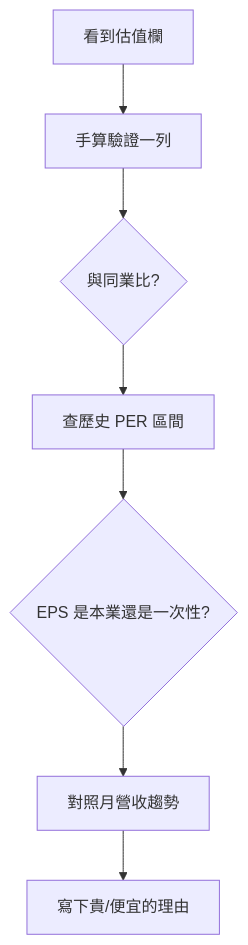
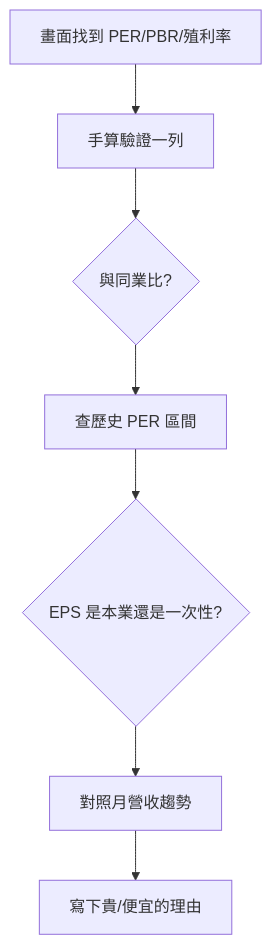
Before and after one commit to skymiku39/stock_school: the diagram in docs/03-tables/valuation.md, drawn with Mermaid. The commit also changed other lines of this file and 7 other files, not shown here.

````diff
--- a/docs/03-tables/valuation.md
+++ b/docs/03-tables/valuation.md
@@ -82,9 +152,9 @@
 ```mermaid
 flowchart TD
-    A[看到估值欄] --> B[手算驗證一列]
+    A[畫面找到 PER/PBR/殖利率] --> B[手算驗證一列]
     B --> C{與同業比?}
     C --> D[查歷史 PER 區間]
     D --> E{EPS 是本業還是一次性?}
     E --> F[對照月營收趨勢]
     F --> G[寫下貴/便宜的理由]
 ```
````
